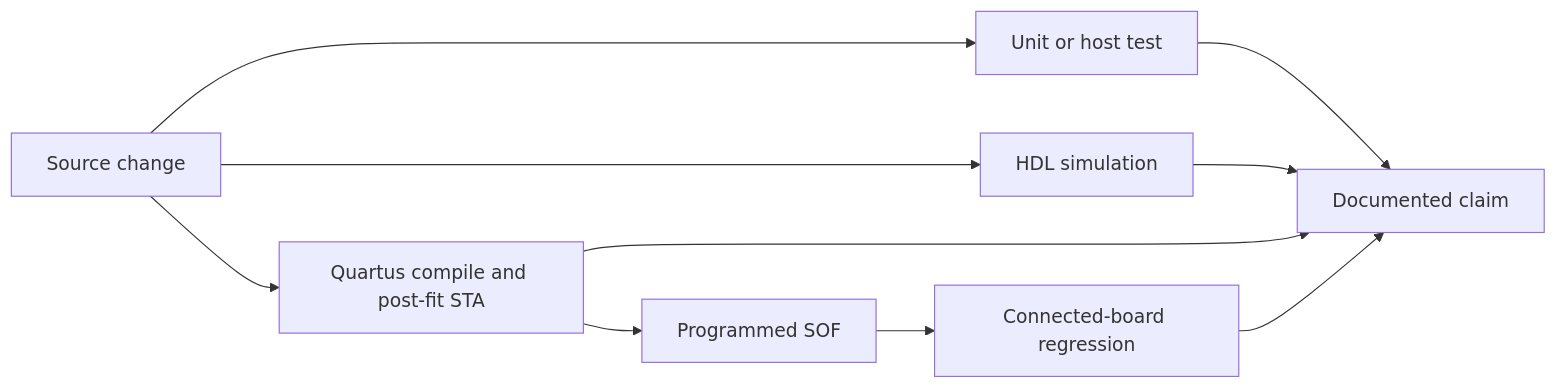
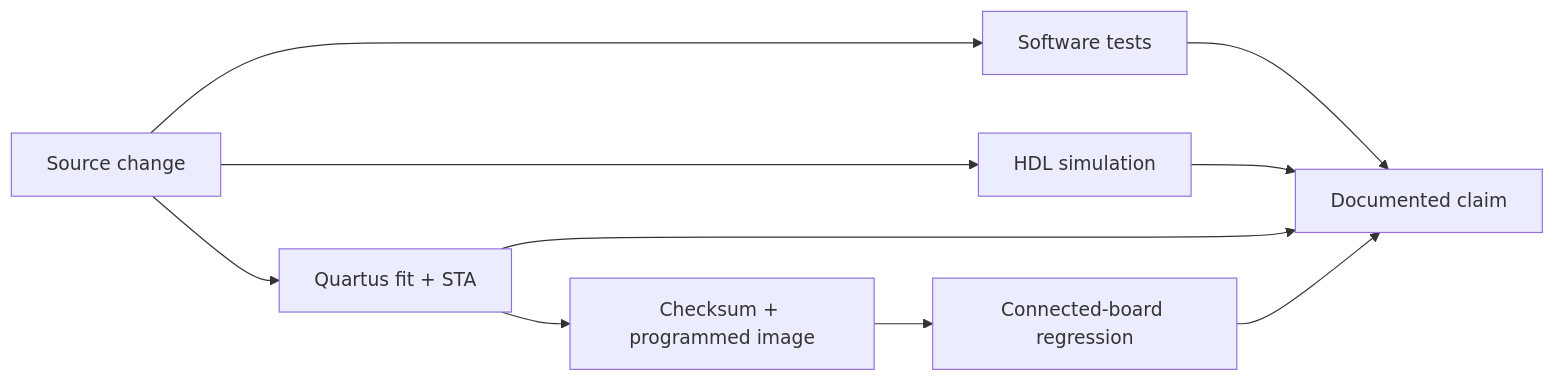
The diagram in docs/wiki/verification-traceability.md (frsr0/MAX1000-Logic-Analyzer), drawn with Mermaid before and after one commit. The commit also changed other lines of this file and 39 other files, not shown here.

````diff
--- a/docs/wiki/verification-traceability.md
+++ b/docs/wiki/verification-traceability.md
@@ -9,12 +16,12 @@
 ```mermaid
 flowchart LR
-    CHANGE[Source change] --> UNIT[Unit or host test]
+    CHANGE[Source change] --> SW[Software tests]
     CHANGE --> SIM[HDL simulation]
-    CHANGE --> BUILD[Quartus compile and post-fit STA]
-    BUILD --> IMAGE[Programmed SOF]
+    CHANGE --> BUILD[Quartus fit + STA]
+    BUILD --> IMAGE[Checksum + programmed image]
     IMAGE --> HW[Connected-board regression]
-    UNIT --> CLAIM[Documented claim]
+    SW --> CLAIM[Documented claim]
     SIM --> CLAIM
     BUILD --> CLAIM
     HW --> CLAIM
 ```
````
